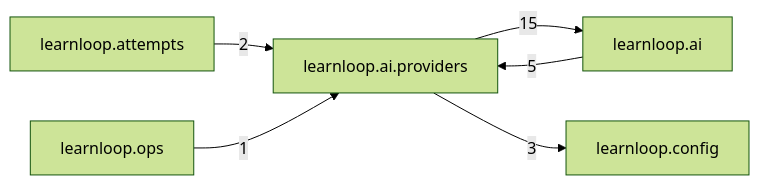
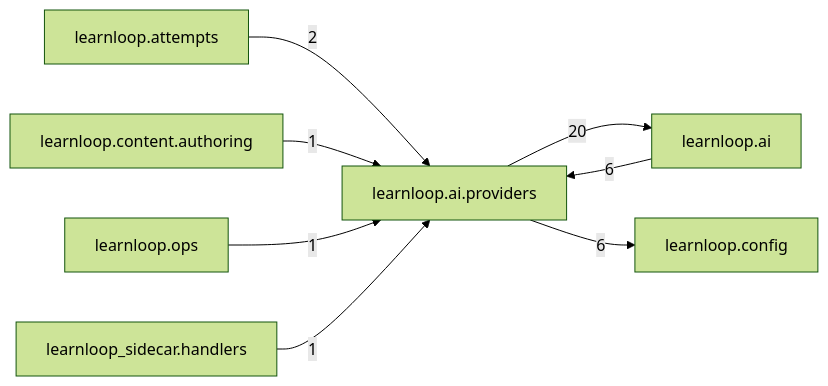
One commit to 6up-b/learnanything changed the diagram in docs/learnloop-architecture-vault/Reference/Modules/learnloop/ai/providers/_package.md. Above: the diagram before and after it, drawn with Mermaid (forest theme). The commit also changed other lines of this file and 633 other files, not shown here.

````diff
--- a/docs/learnloop-architecture-vault/Reference/Modules/learnloop/ai/providers/_package.md
+++ b/docs/learnloop-architecture-vault/Reference/Modules/learnloop/ai/providers/_package.md
@@ -76,13 +82,17 @@
 ```mermaid
 flowchart LR
     center["learnloop.ai.providers"]
     n_learnloop_ai["learnloop.ai"]
     n_learnloop_config["learnloop.config"]
     n_learnloop_attempts["learnloop.attempts"]
+    n_learnloop_content_authoring["learnloop.content.authoring"]
     n_learnloop_ops["learnloop.ops"]
-    n_learnloop_ai -->|5| center
-    center -->|15| n_learnloop_ai
-    center -->|3| n_learnloop_config
+    n_learnloop_sidecar_handlers["learnloop_sidecar.handlers"]
+    n_learnloop_ai -->|6| center
+    center -->|20| n_learnloop_ai
+    center -->|6| n_learnloop_config
     n_learnloop_attempts -->|2| center
+    n_learnloop_content_authoring -->|1| center
     n_learnloop_ops -->|1| center
+    n_learnloop_sidecar_handlers -->|1| center
 ```
````
